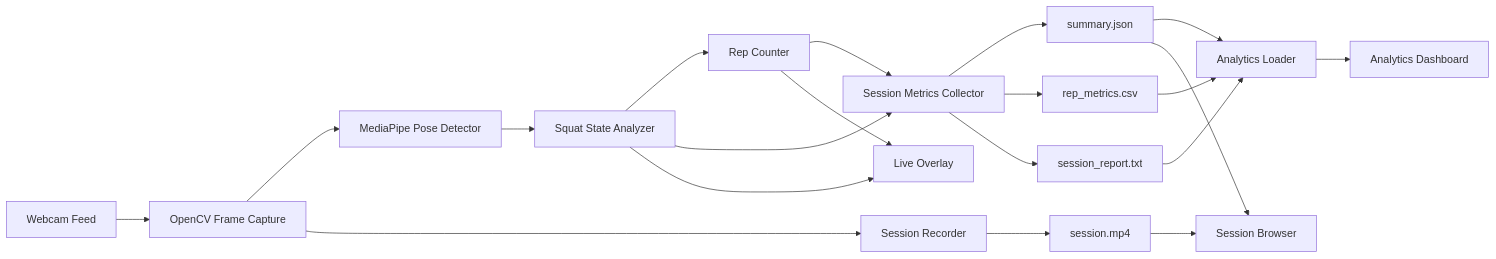
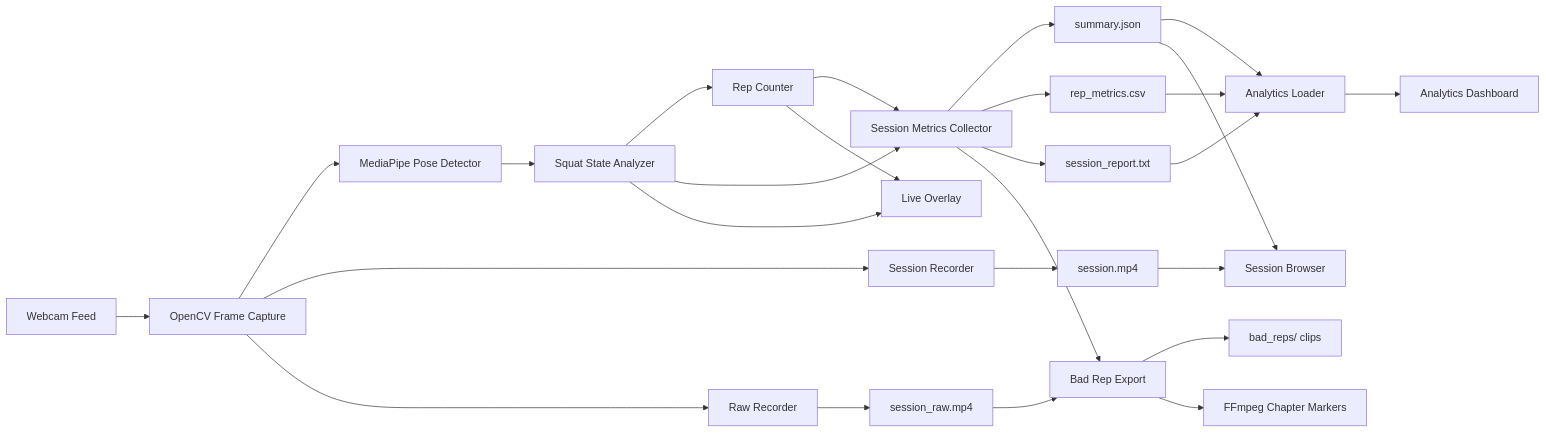
Before and after one commit to minababo/GymGuardian: the first of 4 diagrams in docs/final-project-artifacts.md, drawn with Mermaid. The commit also changed other lines of this file and 3 other files, not shown here.

````diff
--- a/docs/final-project-artifacts.md
+++ b/docs/final-project-artifacts.md
@@ -23,22 +23,28 @@
 ```mermaid
 flowchart LR
     A[Webcam Feed] --> B[OpenCV Frame Capture]
     B --> C[MediaPipe Pose Detector]
     C --> D[Squat State Analyzer]
     D --> E[Rep Counter]
     D --> F[Session Metrics Collector]
     E --> F
     F --> G[summary.json]
     F --> H[rep_metrics.csv]
     F --> I[session_report.txt]
     B --> J[Session Recorder]
     J --> K[session.mp4]
+    B --> J2[Raw Recorder]
+    J2 --> K2[session_raw.mp4]
     D --> L[Live Overlay]
     E --> L
     G --> M[Analytics Loader]
     H --> M
     I --> M
     M --> N[Analytics Dashboard]
     G --> O[Session Browser]
     K --> O
+    F --> P[Bad Rep Export]
+    K2 --> P
+    P --> Q[bad_reps/ clips]
+    P --> R[FFmpeg Chapter Markers]
 ```
````
